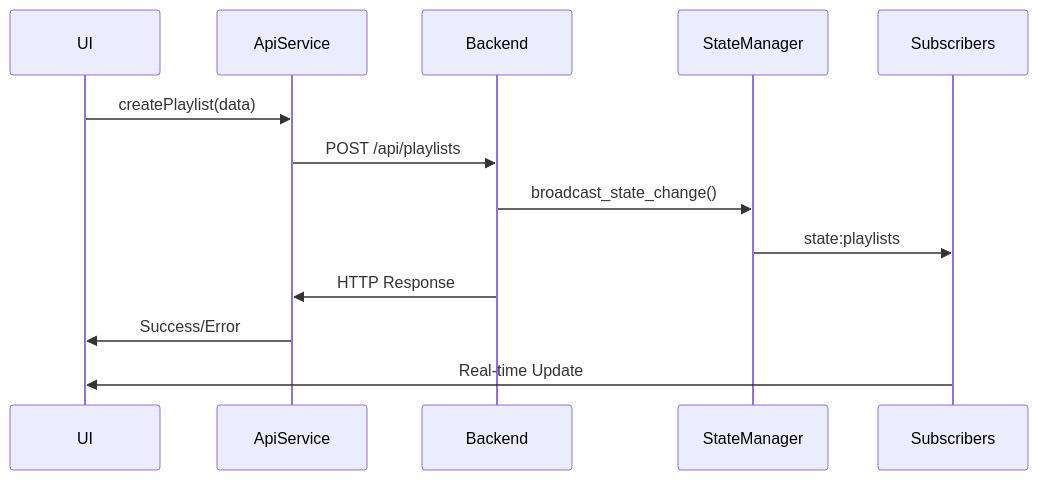
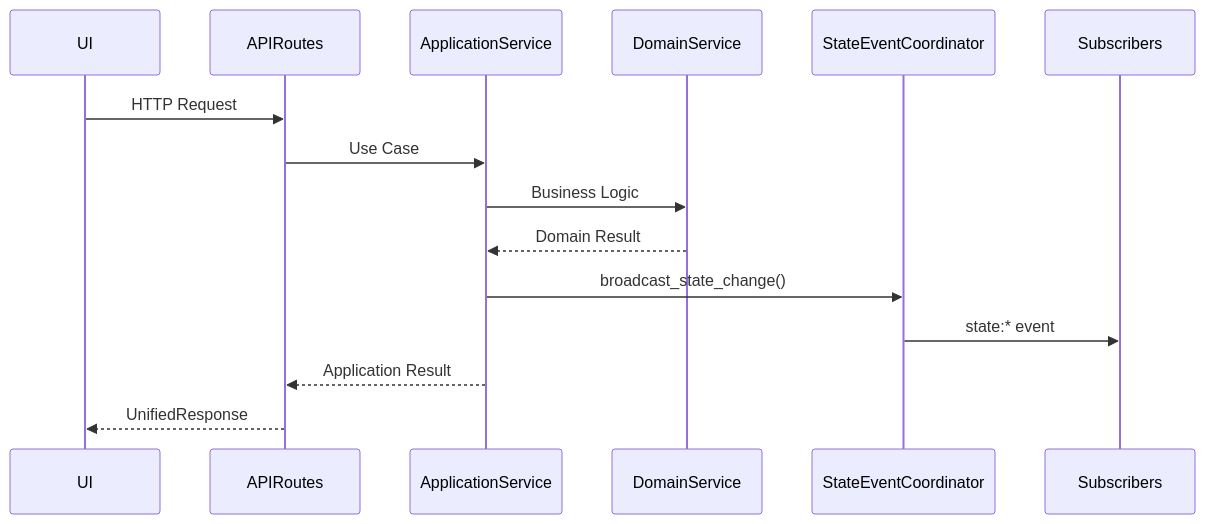
One commit to The-Open-Music-Box/theopenmusicbox changed the fourth of 6 diagrams in documentation/api-socketio-communication.md. Above: the diagram before and after it, drawn with Mermaid. The commit also changed other lines of this file and 7 other files, not shown here.

First line of the commit message:
docs(project): add DDD architecture documentation

````diff
--- a/documentation/api-socketio-communication.md
+++ b/documentation/api-socketio-communication.md
@@ -622,16 +443,18 @@
 ```mermaid
 sequenceDiagram
     participant UI
-    participant ApiService
-    participant Backend
-    participant StateManager
+    participant APIRoutes
+    participant ApplicationService
+    participant DomainService
+    participant StateEventCoordinator
     participant Subscribers
 
-    UI->>ApiService: createPlaylist(data)
-    ApiService->>Backend: POST /api/playlists
-    Backend->>StateManager: broadcast_state_change()
-    StateManager->>Subscribers: state:playlists
-    Backend->>ApiService: HTTP Response
-    ApiService->>UI: Success/Error
-    Subscribers->>UI: Real-time Update
+    UI->>APIRoutes: HTTP Request
+    APIRoutes->>ApplicationService: Use Case
+    ApplicationService->>DomainService: Business Logic
+    DomainService-->>ApplicationService: Domain Result
+    ApplicationService->>StateEventCoordinator: broadcast_state_change()
+    StateEventCoordinator->>Subscribers: state:* event
+    ApplicationService-->>APIRoutes: Application Result
+    APIRoutes-->>UI: UnifiedResponse
 ```
````
